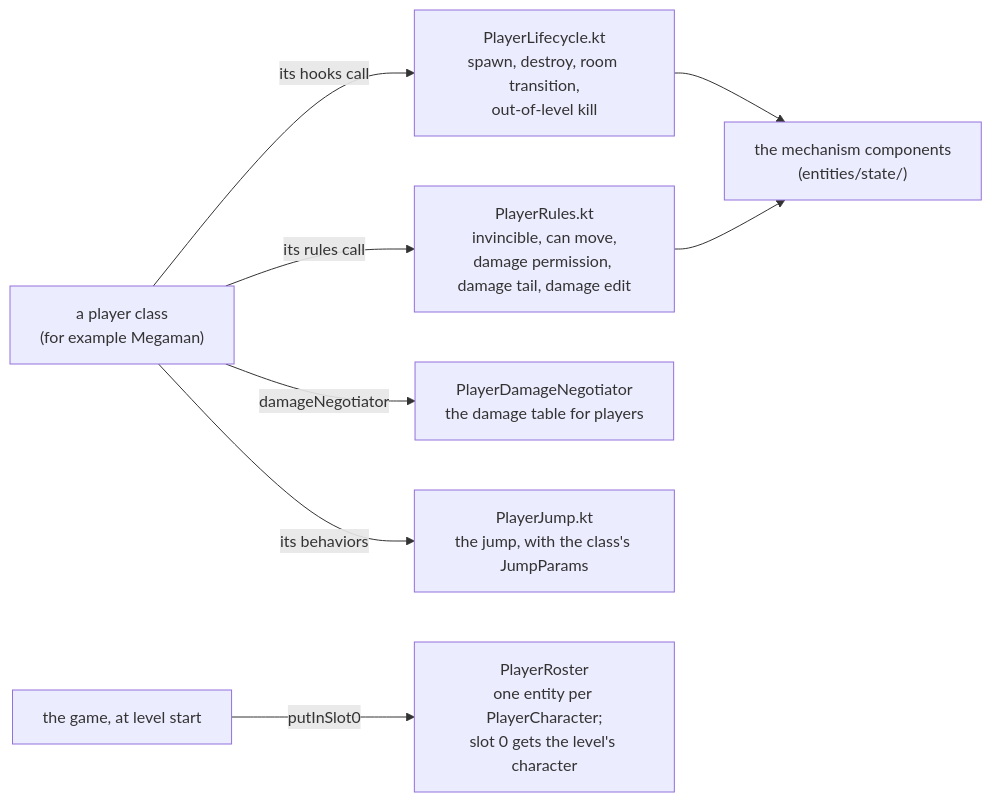
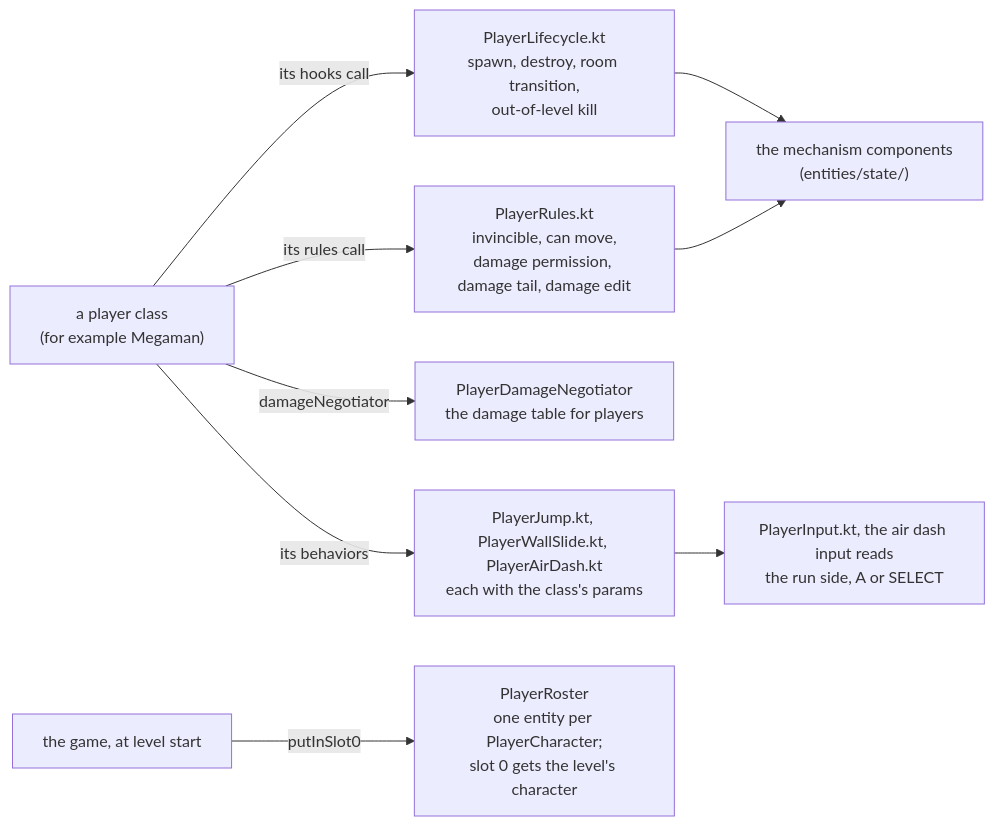
The first of 2 diagrams in core/src/main/kotlin/com/megaman/maverick/game/players/README.md (JohnLavender474/Megaman-Maverick), drawn with Mermaid before and after one commit. The commit also changed other lines of this file and 34 other files, not shown here.

First line of the commit message:
081c: playable X, phase 2: wall slide, wall kick, air dash; R button

````diff
--- a/core/src/main/kotlin/com/megaman/maverick/game/players/README.md
+++ b/core/src/main/kotlin/com/megaman/maverick/game/players/README.md
@@ -23,10 +23,11 @@
 ```mermaid
 flowchart LR
     Class["a player class<br/>(for example Megaman)"] -- "its hooks call" --> Lifecycle["PlayerLifecycle.kt<br/>spawn, destroy, room transition,<br/>out-of-level kill"]
     Class -- "its rules call" --> Rules["PlayerRules.kt<br/>invincible, can move,<br/>damage permission, damage tail, damage edit"]
     Class -- "damageNegotiator" --> Negotiator["PlayerDamageNegotiator<br/>the damage table for players"]
-    Class -- "its behaviors" --> Jump["PlayerJump.kt<br/>the jump, with the class's JumpParams"]
+    Class -- "its behaviors" --> Moves["PlayerJump.kt, PlayerWallSlide.kt, PlayerAirDash.kt<br/>each with the class's params"]
+    Moves --> Input["PlayerInput.kt, the air dash input reads<br/>the run side, A or SELECT"]
     Game["the game, at level start"] -- "putInSlot0" --> Roster["PlayerRoster<br/>one entity per PlayerCharacter;<br/>slot 0 gets the level's character"]
     Lifecycle --> State["the mechanism components<br/>(entities/state/)"]
     Rules --> State
 ```
````
